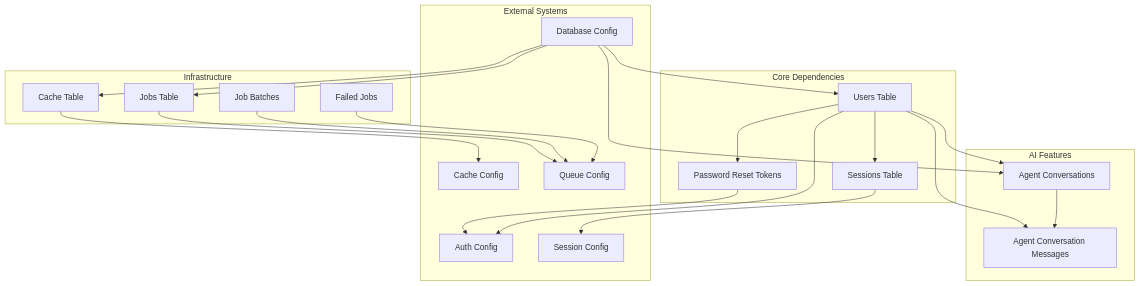
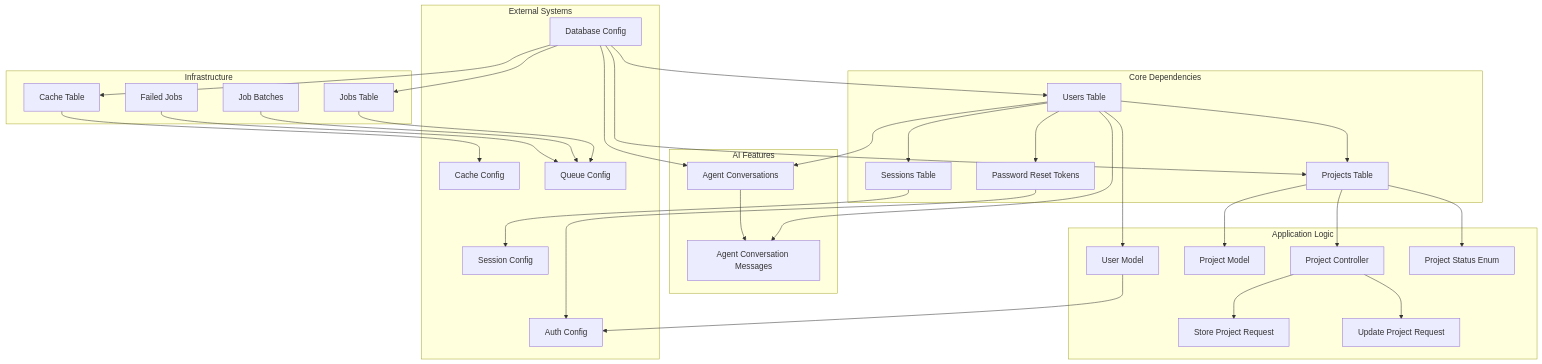
The seventh of 7 diagrams in .qoder/repowiki/en/content/Database and Data Management/Database Schema Design.md (siimliimand/laravel-assistant), drawn with Mermaid before and after one commit. The commit also changed other lines of this file and 6 other files, not shown here.

First line of the commit message:
feat(database): add project management schema with ownership and status tracking

````diff
--- a/.qoder/repowiki/en/content/Database and Data Management/Database Schema Design.md
+++ b/.qoder/repowiki/en/content/Database and Data Management/Database Schema Design.md
@@ -552,41 +709,58 @@
 ```mermaid
 graph TB
 subgraph "Core Dependencies"
 Users["Users Table"]
 Sessions["Sessions Table"]
 PasswordReset["Password Reset Tokens"]
+Projects["Projects Table"]
 end
 subgraph "Infrastructure"
 Cache["Cache Table"]
 Jobs["Jobs Table"]
 JobBatches["Job Batches"]
 FailedJobs["Failed Jobs"]
 end
 subgraph "AI Features"
 Conversations["Agent Conversations"]
 Messages["Agent Conversation Messages"]
+end
+subgraph "Application Logic"
+UserModel["User Model"]
+ProjectModel["Project Model"]
+ProjectController["Project Controller"]
+ProjectStatus["Project Status Enum"]
+StoreRequest["Store Project Request"]
+UpdateRequest["Update Project Request"]
 end
 subgraph "External Systems"
 DatabaseConfig["Database Config"]
 AuthConfig["Auth Config"]
 SessionConfig["Session Config"]
 CacheConfig["Cache Config"]
 QueueConfig["Queue Config"]
 end
 Users --> Sessions
 Users --> PasswordReset
 Users --> Conversations
 Users --> Messages
+Users --> Projects
+Users --> UserModel
+Projects --> ProjectModel
+Projects --> ProjectStatus
+Projects --> ProjectController
+ProjectController --> StoreRequest
+ProjectController --> UpdateRequest
 Conversations --> Messages
 Cache --> CacheConfig
 Jobs --> QueueConfig
 JobBatches --> QueueConfig
 FailedJobs --> QueueConfig
 Sessions --> SessionConfig
 PasswordReset --> AuthConfig
-Users --> AuthConfig
+UserModel --> AuthConfig
 DatabaseConfig --> Users
 DatabaseConfig --> Cache
 DatabaseConfig --> Jobs
 DatabaseConfig --> Conversations
+DatabaseConfig --> Projects
 ```
````
